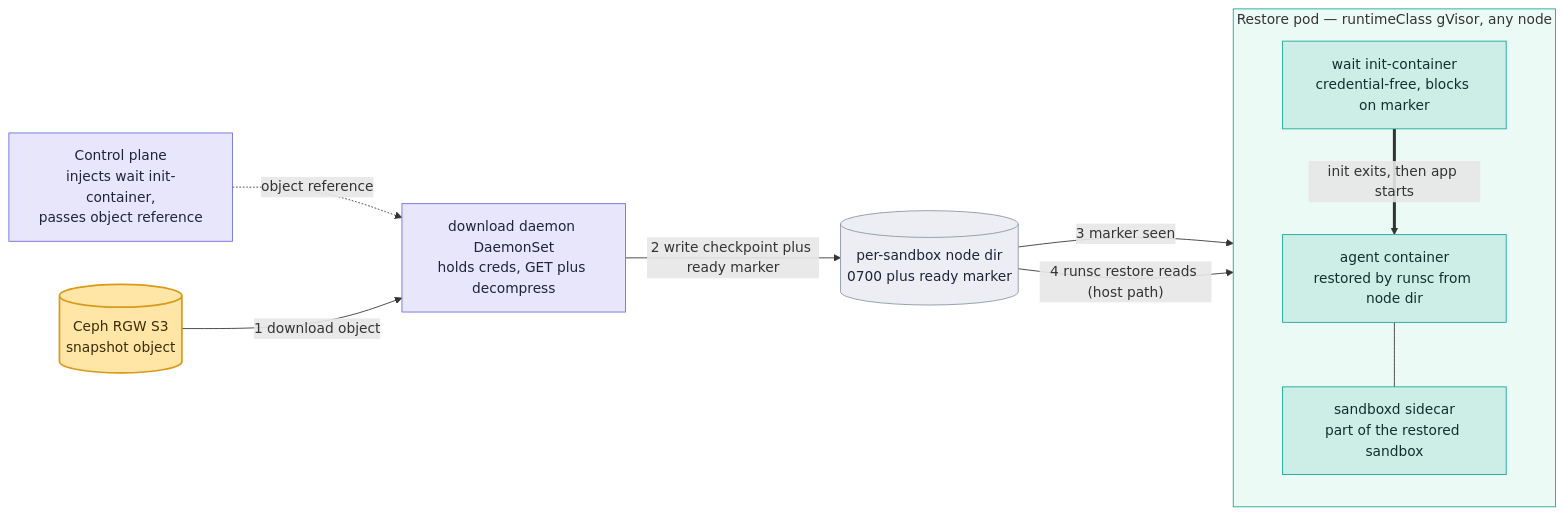
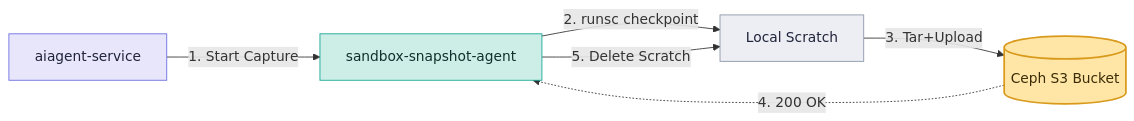
One commit to chandini1727/plant_disease_app changed the second of 6 diagrams in README.md. Above: the diagram before and after it, drawn with Mermaid. The commit also changed other lines of this file, not shown here.

````diff
--- a/README.md
+++ b/README.md
@@ -168,28 +171,13 @@
 ```mermaid
 flowchart LR
-    CP["Control plane<br/>injects wait init-container,<br/>passes object reference"]:::cp
-    RGW[("Ceph RGW S3<br/>snapshot object")]:::star
-    DM["download daemon DaemonSet<br/>holds creds, GET plus decompress"]:::cp
-    ND[("per-sandbox node dir<br/>0700 plus ready marker")]:::store
-
-    subgraph POD["Restore pod — runtimeClass gVisor, any node"]
-        direction TB
-        WAIT["wait init-container<br/>credential-free, blocks on marker"]:::dp
-        AGENT["agent container<br/>restored by runsc from node dir"]:::dp
-        SD["sandboxd sidecar<br/>part of the restored sandbox"]:::dp
-    end
-
-    CP -.->|"object reference"| DM
-    RGW -->|"1 download object"| DM
-    DM -->|"2 write checkpoint plus ready marker"| ND
-    ND -->|"3 marker seen"| WAIT
-    WAIT ==>|"init exits, then app starts"| AGENT
-    ND -->|"4 runsc restore reads (host path)"| AGENT
-    AGENT --- SD
+    CP["aiagent-service"]:::cp -->|"1. Start Capture"| SA["sandbox-snapshot-agent"]:::dp
+    SA -->|"2. runsc checkpoint"| SC["Local Scratch"]:::store
+    SC -->|"3. Tar+Upload"| S3[("Ceph S3 Bucket")]:::star
+    S3 -.->|"4. 200 OK"| SA
+    SA -->|"5. Delete Scratch"| SC
 
     classDef cp fill:#e7e6fb,stroke:#6b6be0,color:#20233a
     classDef dp fill:#cdeee7,stroke:#12a594,color:#10302b
     classDef store fill:#eceef3,stroke:#8a93a6,color:#20233a
     classDef star fill:#ffe6a7,stroke:#d99a1c,stroke-width:2px,color:#3a2c07
-    style POD fill:#ecfaf6,stroke:#12a594
 ```
````
